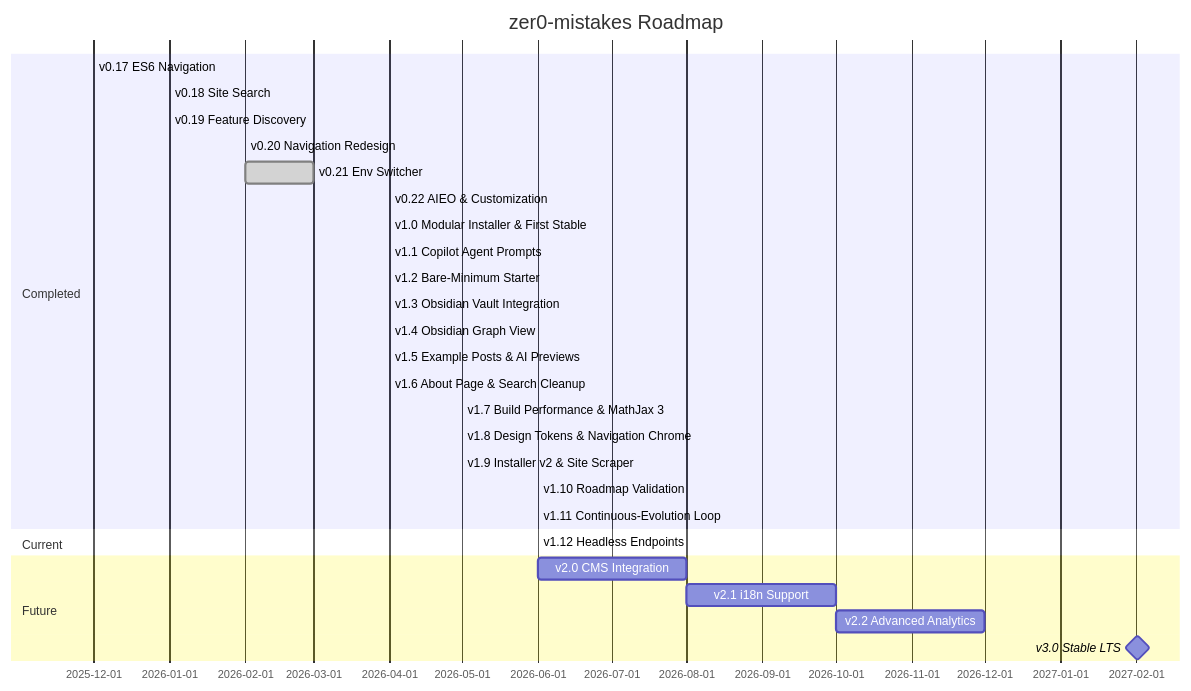
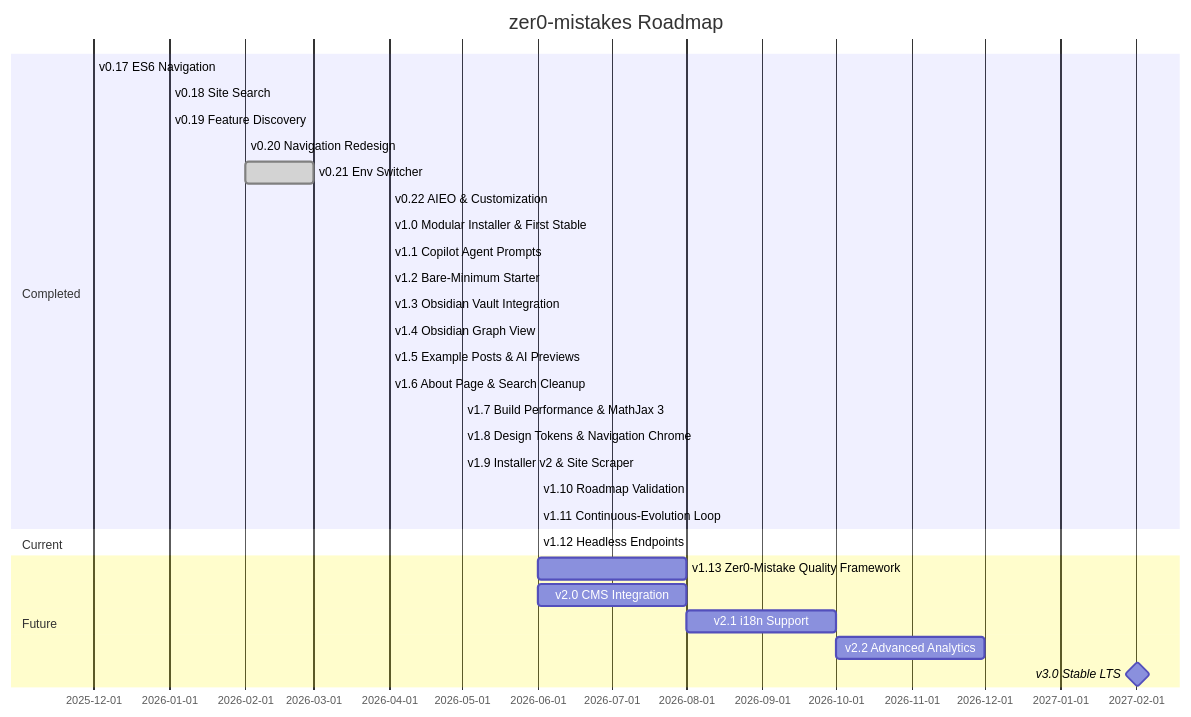
Before and after one commit to bamr87/zer0-CMS: the diagram in packages/zer0-mistakes/README.md, drawn with Mermaid. The commit also changed other lines of this file and 3 other files, not shown here.

First line of the commit message:
chore(backlog): plan the Zer0-Mistake Quality Framework (roadmap v1.13, T-012–T-015) (bamr87/zer0-mistakes#133)

````diff
--- a/packages/zer0-mistakes/README.md
+++ b/packages/zer0-mistakes/README.md
@@ -810,31 +810,32 @@
 ```mermaid
 gantt
     title zer0-mistakes Roadmap
     dateFormat YYYY-MM
     section Completed
     v0.17 ES6 Navigation         :done, 2025-12, 2025-12
     v0.18 Site Search            :done, 2026-01, 2026-01
     v0.19 Feature Discovery      :done, 2026-01, 2026-01
     v0.20 Navigation Redesign    :done, 2026-02, 2026-02
     v0.21 Env Switcher           :done, 2026-02, 2026-03
     v0.22 AIEO & Customization   :done, 2026-04, 2026-04
     v1.0 Modular Installer & First Stable :done, 2026-04, 2026-04
     v1.1 Copilot Agent Prompts   :done, 2026-04, 2026-04
     v1.2 Bare-Minimum Starter    :done, 2026-04, 2026-04
     v1.3 Obsidian Vault Integration :done, 2026-04, 2026-04
     v1.4 Obsidian Graph View     :done, 2026-04, 2026-04
     v1.5 Example Posts & AI Previews :done, 2026-04, 2026-04
     v1.6 About Page & Search Cleanup :done, 2026-04, 2026-04
     v1.7 Build Performance & MathJax 3 :done, 2026-05, 2026-05
     v1.8 Design Tokens & Navigation Chrome :done, 2026-05, 2026-05
     v1.9 Installer v2 & Site Scraper :done, 2026-05, 2026-05
     v1.10 Roadmap Validation     :done, 2026-06, 2026-06
     v1.11 Continuous-Evolution Loop :done, 2026-06, 2026-06
     section Current
     v1.12 Headless Endpoints     :active, 2026-06, 2026-06
     section Future
+    v1.13 Zer0-Mistake Quality Framework :2026-06, 2026-08
     v2.0 CMS Integration         :2026-06, 2026-08
     v2.1 i18n Support            :2026-08, 2026-10
     v2.2 Advanced Analytics      :2026-10, 2026-12
     v3.0 Stable LTS              :milestone, 2027-02, 1d
 ```
````
